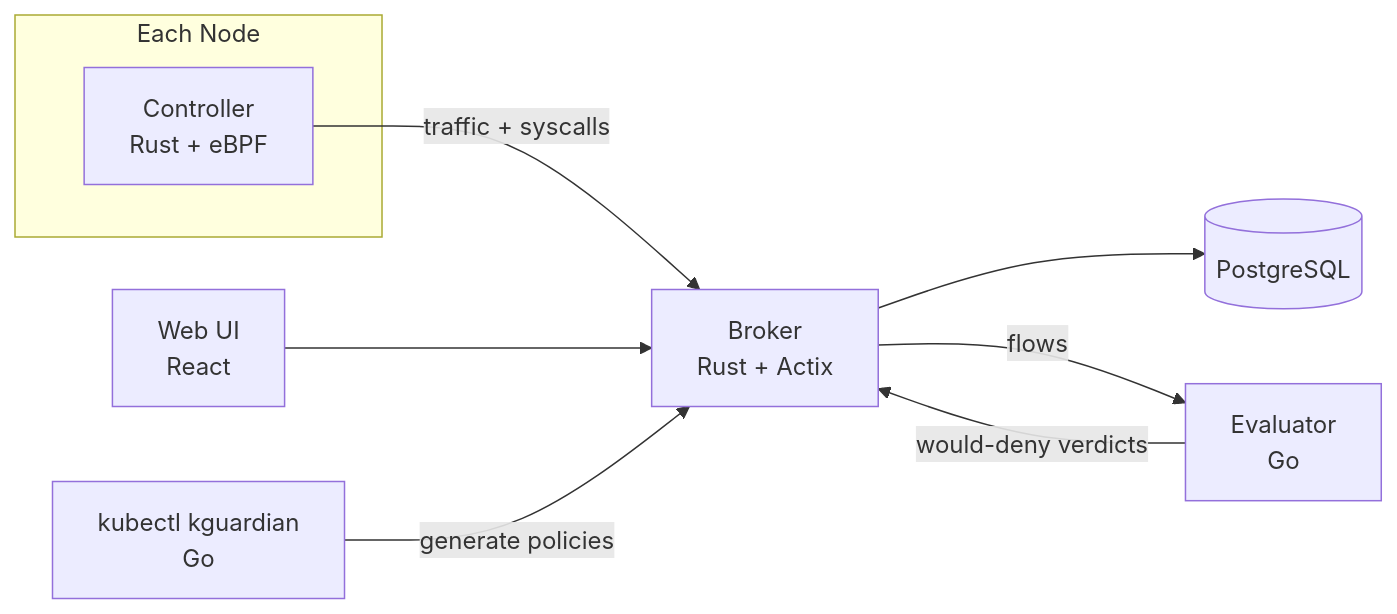
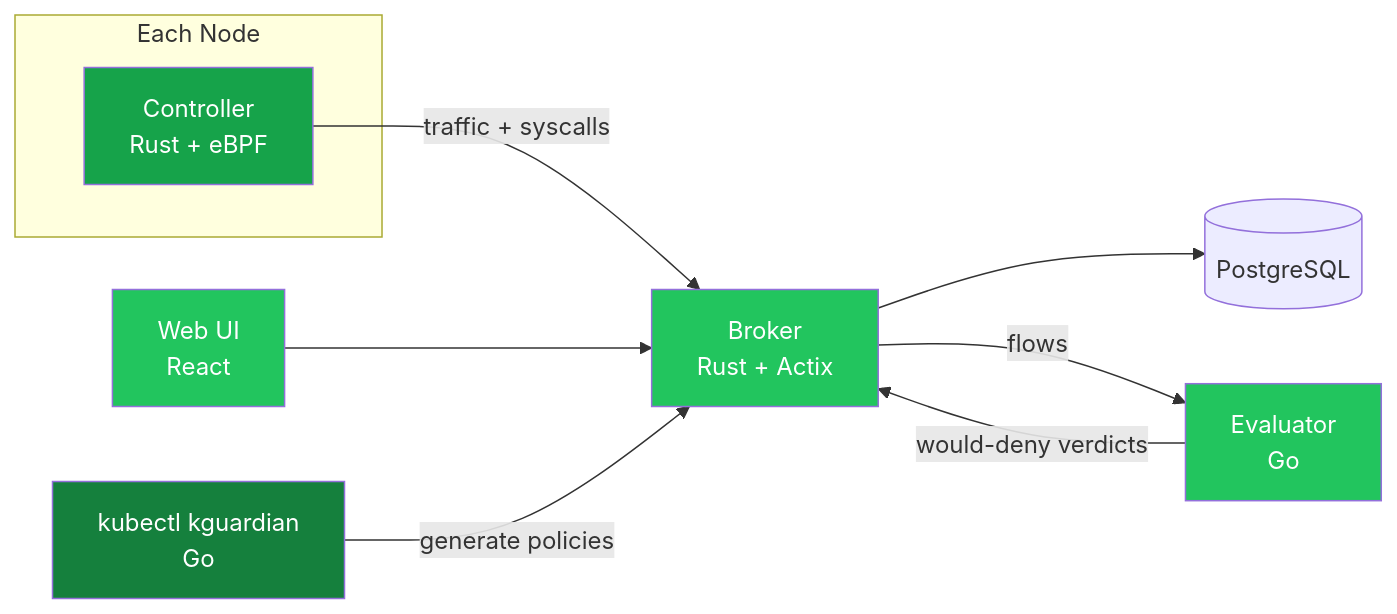
One commit to kguardian-dev/kguardian changed the diagram in README.md. Above: the diagram before and after it, drawn with Mermaid. The commit also changed other lines of this file, not shown here.

Commit message:
docs: align README badges and diagram with kguardian brand colors

````diff
--- a/README.md
+++ b/README.md
@@ -62,18 +62,24 @@
 ```mermaid
 graph LR
     subgraph "Each Node"
         C[Controller<br/>Rust + eBPF]
     end
     B[Broker<br/>Rust + Actix]
     DB[(PostgreSQL)]
     E[Evaluator<br/>Go]
     UI[Web UI<br/>React]
     CLI[kubectl kguardian<br/>Go]
 
     C -->|traffic + syscalls| B
     B --> DB
     B -->|flows| E
     E -->|would-deny verdicts| B
     UI --> B
     CLI -->|generate policies| B
+
+    style C fill:#16A34A,color:#fff
+    style B fill:#22C55E,color:#fff
+    style E fill:#22C55E,color:#fff
+    style UI fill:#22C55E,color:#fff
+    style CLI fill:#15803D,color:#fff
 ```
````
